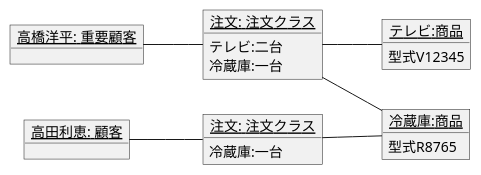
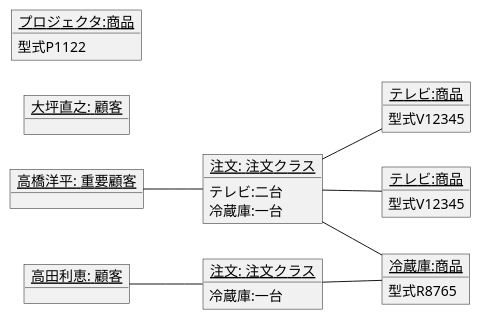
Before and after one commit to itouayumu/uml-introduction-: the diagram in 演習3-7_OBJ_注文のオブジェクト図.pu, drawn with PlantUML. The commit also changed 4 other files, not shown here.

```diff
--- a/演習3-7_OBJ_注文のオブジェクト図.pu
+++ b/演習3-7_OBJ_注文のオブジェクト図.pu
@@ -1,33 +1,41 @@
 @startuml
 left to right direction
 object "<u>高橋洋平: 重要顧客</u>" as k0 {
 
 }
 
 object "<u>注文: 注文クラス</u>" as k6{
     テレビ:二台
     冷蔵庫:一台
 }
 object "<u>注文: 注文クラス</u>" as k7{
  
     冷蔵庫:一台
 }
 object "<u>高田利恵: 顧客</u>" as k1 {
 
 }
 
 object "<u>テレビ:商品</u>" as k3{
     型式V12345   
 }
+object "<u>テレビ:商品</u>" as k8{
+    型式V12345   
+}
 object "<u>冷蔵庫:商品</u>" as k4{   
     型式R8765
 }
+object "<u>大坪直之: 顧客</u>" as k9 {
 
-
+}
+object "<u>プロジェクタ:商品</u>" as k10{   
+    型式P1122
+}
 
 k0--k6
 k1--k7
 k6--k3
 k6--k4
+k6--k8
 k7--k4
 @enduml
```
